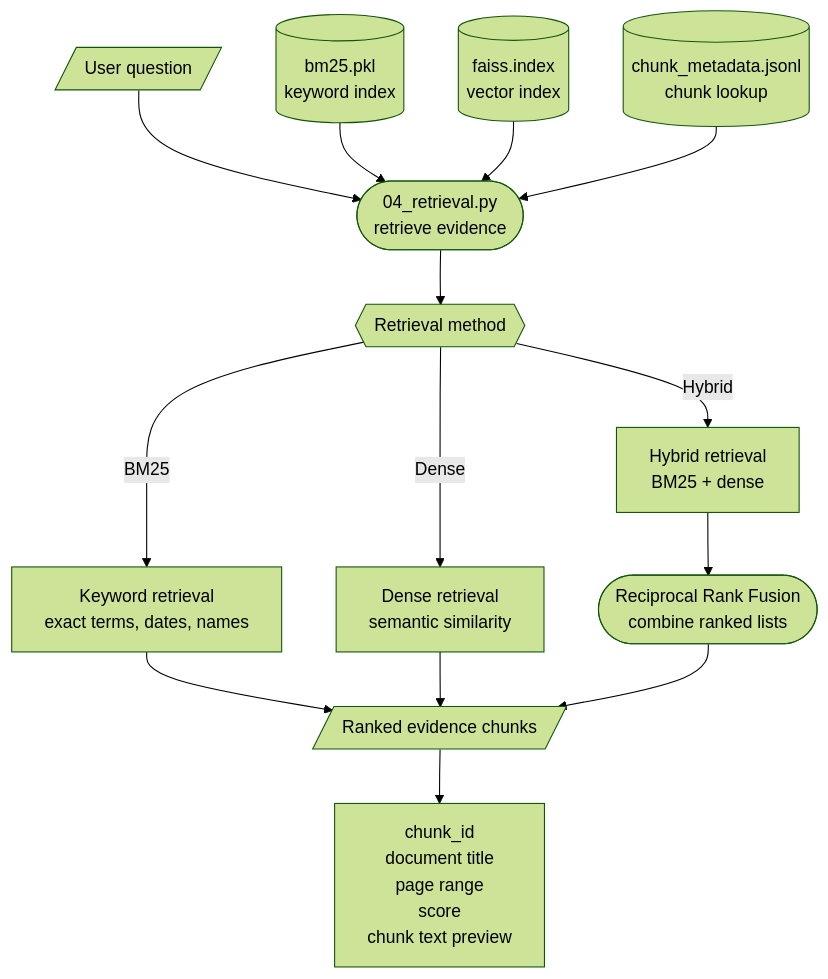
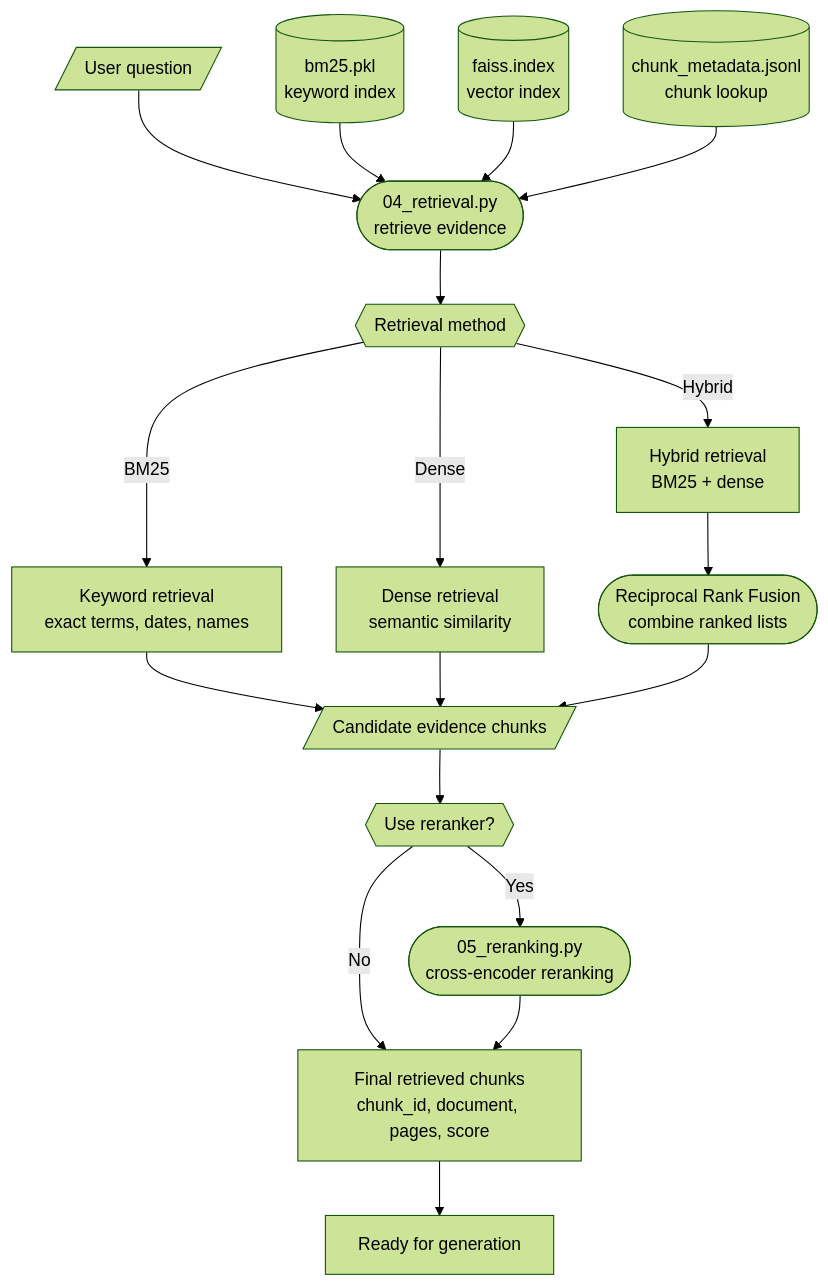
Before and after one commit to RegNLP/FinanceRAG-mini: the second of 2 diagrams in README.md, drawn with Mermaid (forest theme). The commit also changed other lines of this file and 2 other files, not shown here.

````diff
--- a/README.md
+++ b/README.md
@@ -50,21 +50,25 @@
 ```mermaid
 flowchart TD
     Q[/User question/] --> R([04_retrieval.py<br/>retrieve evidence])
 
     B[(bm25.pkl<br/>keyword index)] --> R
     F[(faiss.index<br/>vector index)] --> R
     M[(chunk_metadata.jsonl<br/>chunk lookup)] --> R
 
     R --> C{{Retrieval method}}
 
     C -->|BM25| K[Keyword retrieval<br/>exact terms, dates, names]
     C -->|Dense| D[Dense retrieval<br/>semantic similarity]
     C -->|Hybrid| H[Hybrid retrieval<br/>BM25 + dense]
 
-    K --> O[/Ranked evidence chunks/]
+    K --> O[/Candidate evidence chunks/]
     D --> O
     H --> X([Reciprocal Rank Fusion<br/>combine ranked lists])
     X --> O
 
-    O --> P[chunk_id<br/>document title<br/>page range<br/>score<br/>chunk text preview]
+    O --> RR{{Use reranker?}}
+    RR -->|No| P[Final retrieved chunks<br/>chunk_id, document, pages, score]
+    RR -->|Yes| RE([05_reranking.py<br/>cross-encoder reranking])
+    RE --> P
+    P --> G[Ready for generation]
 ```
````
